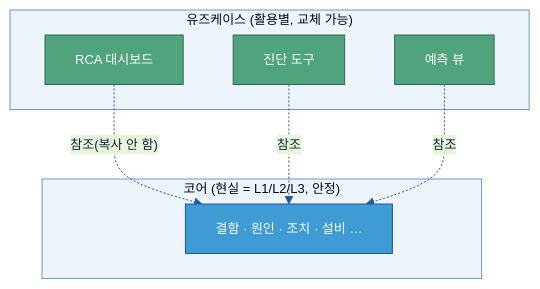
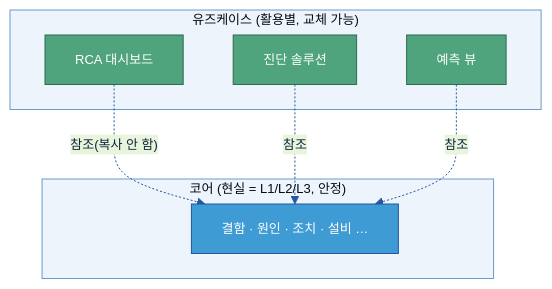
The fourth of 9 diagrams in 가이드 작성/B-3 온톨로지/B-3 온톨로지.md (jin-kearney/ai-ready-data-manual), drawn with Mermaid before and after one commit. The commit also changed other lines of this file, not shown here.

First line of the commit message:
docs(B-3): §5 Tech Stack 평이화 + §1 Why RDB 논리 명시 + 도구→솔루션

````diff
--- a/가이드 작성/B-3 온톨로지/B-3 온톨로지.md
+++ b/가이드 작성/B-3 온톨로지/B-3 온톨로지.md
@@ -262,17 +262,17 @@
 ```mermaid
 %%{init: {'theme':'base','themeVariables':{'primaryColor':'#DCE8F5','primaryBorderColor':'#2456A4','primaryTextColor':'#10243f','lineColor':'#2456A4','clusterBkg':'#EEF4FB','clusterBorder':'#6B9AD1','fontSize':'13px'}}}%%
 flowchart TB
     subgraph UC["유즈케이스 (활용별, 교체 가능)"]
         UC1["RCA 대시보드"]:::loop
-        UC2["진단 도구"]:::loop
+        UC2["진단 솔루션"]:::loop
         UC3["예측 뷰"]:::loop
     end
     subgraph CORE["코어 (현실 = L1/L2/L3, 안정)"]
         CL["결함 · 원인 · 조치 · 설비 …"]:::gate
     end
     UC1 -. "참조(복사 안 함)" .-> CL
     UC2 -. "참조" .-> CL
     UC3 -. "참조" .-> CL
     classDef gate fill:#3F9BD4,stroke:#2456A4,color:#fff;
     classDef loop fill:#4FA47D,stroke:#2f6b50,color:#fff;
 ```
````
